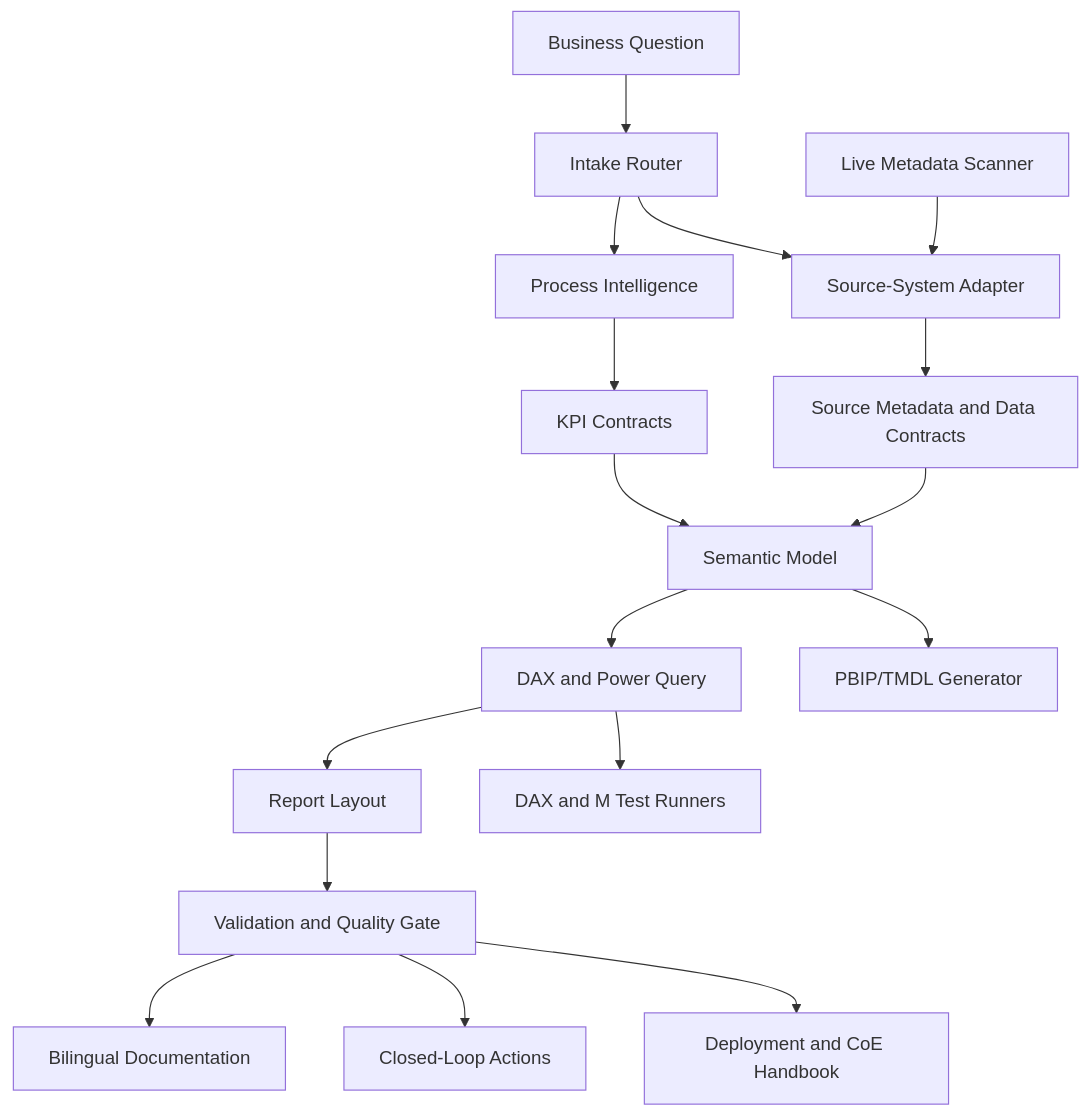
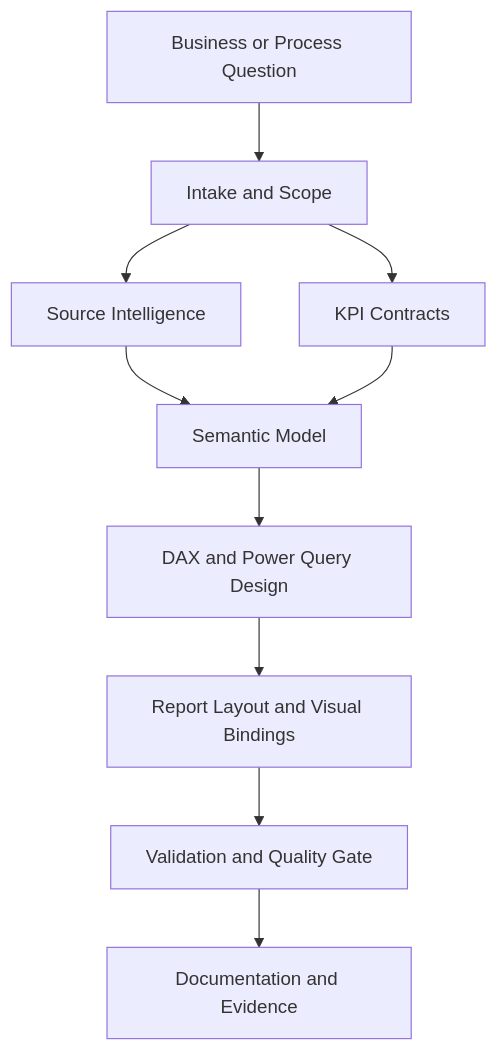
The diagram in ARCHITECTURE.md (rweisssieker-xp/PowerBi-Codex-Plugin), drawn with Mermaid before and after one commit. The commit also changed other lines of this file and 15 other files, not shown here.

````diff
--- a/ARCHITECTURE.md
+++ b/ARCHITECTURE.md
@@ -17,19 +7,12 @@
 ```mermaid
 flowchart TB
-    A["Business Question"] --> B["Intake Router"]
-    B --> C["Process Intelligence"]
-    B --> D["Source-System Adapter"]
-    C --> E["KPI Contracts"]
-    D --> F["Source Metadata and Data Contracts"]
-    E --> G["Semantic Model"]
-    F --> G
-    G --> H["DAX and Power Query"]
-    H --> I["Report Layout"]
-    I --> J["Validation and Quality Gate"]
-    J --> K["Bilingual Documentation"]
-    J --> L["Closed-Loop Actions"]
-    M["Live Metadata Scanner"] --> D
-    G --> N["PBIP/TMDL Generator"]
-    H --> O["DAX and M Test Runners"]
-    J --> P["Deployment and CoE Handbook"]
+    A["Business or Process Question"] --> B["Intake and Scope"]
+    B --> C["Source Intelligence"]
+    B --> D["KPI Contracts"]
+    C --> E["Semantic Model"]
+    D --> E
+    E --> F["DAX and Power Query Design"]
+    F --> G["Report Layout and Visual Bindings"]
+    G --> H["Validation and Quality Gate"]
+    H --> I["Documentation and Evidence"]
 ```
````
